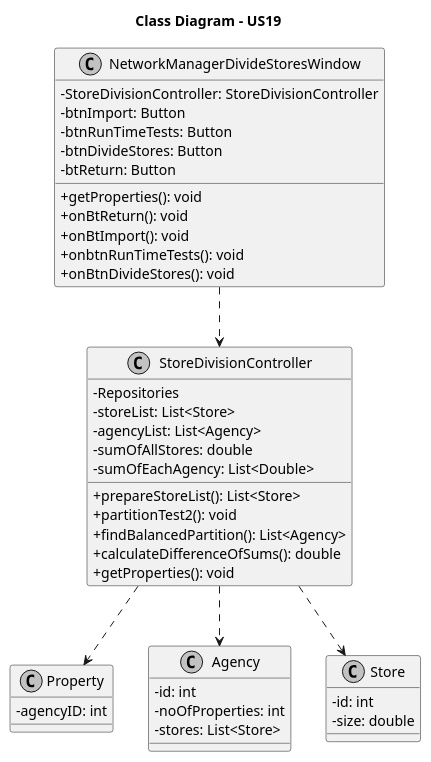
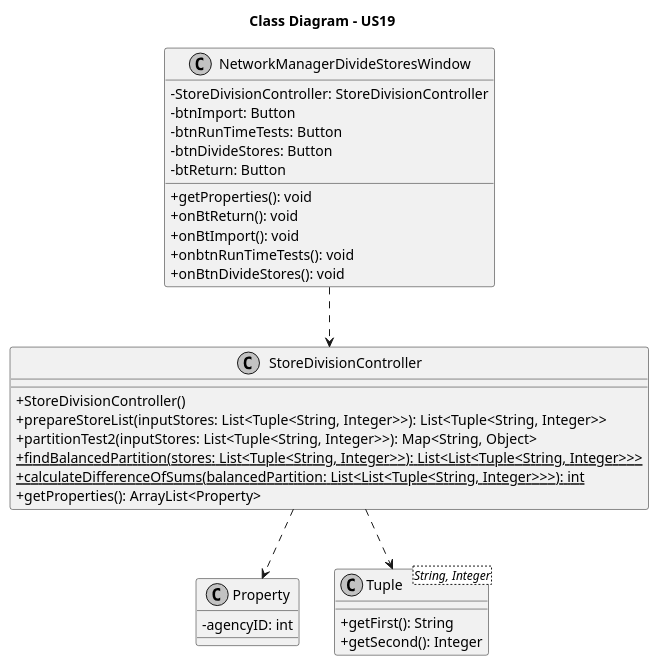
Before and after one commit to Goncalves2525/real-estate-management-system: the diagram in docs/sprintD/us019/03.design/puml/us019-class-diagram.puml, drawn with PlantUML. The commit also changed 6 other files, not shown here.

Commit message:
Us19 class diagram, sd and ssd update

```diff
--- a/docs/sprintD/us019/03.design/puml/us019-class-diagram.puml
+++ b/docs/sprintD/us019/03.design/puml/us019-class-diagram.puml
@@ -1,56 +1,45 @@
 @startuml
 skinparam monochrome true
 skinparam packageStyle rectangle
 skinparam shadowing false
 skinparam linetype polyline
 skinparam classAttributeIconSize 0
 
 title Class Diagram - US19
 
 class StoreDivisionController {
-    - Repositories
-    - storeList: List<Store>
-    - agencyList: List<Agency>
-    - sumOfAllStores: double
-    - sumOfEachAgency: List<Double>
-    + prepareStoreList(): List<Store>
-    + partitionTest2(): void
-    + findBalancedPartition(): List<Agency>
-    + calculateDifferenceOfSums(): double
-    + getProperties(): void
+    + StoreDivisionController()
+    + prepareStoreList(inputStores: List<Tuple<String, Integer>>): List<Tuple<String, Integer>>
+    + partitionTest2(inputStores: List<Tuple<String, Integer>>): Map<String, Object>
+    + {static} findBalancedPartition(stores: List<Tuple<String, Integer>>): List<List<Tuple<String, Integer>>>
+    + {static} calculateDifferenceOfSums(balancedPartition: List<List<Tuple<String, Integer>>>): int
+    + getProperties(): ArrayList<Property>
 }
 
 class Property {
     - agencyID: int
 }
 
-class Agency {
-    - id: int
-    - noOfProperties: int
-    - stores: List<Store>
+class Tuple<String, Integer> {
+    + getFirst(): String
+    + getSecond(): Integer
 }
 
 class NetworkManagerDivideStoresWindow {
     - StoreDivisionController: StoreDivisionController
     - btnImport: Button
     - btnRunTimeTests: Button
     - btnDivideStores: Button
     - btReturn: Button
     + getProperties(): void
     + onBtReturn(): void
     + onBtImport(): void
     + onbtnRunTimeTests(): void
     + onBtnDivideStores(): void
 }
 
-class Store {
-    - id: int
-    - size: double
-}
-
 StoreDivisionController ..> Property
-StoreDivisionController ..> Agency
-StoreDivisionController ..> Store
+StoreDivisionController ..> Tuple
 NetworkManagerDivideStoresWindow ..> StoreDivisionController
 
 @enduml
```
